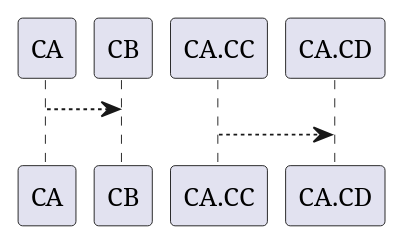
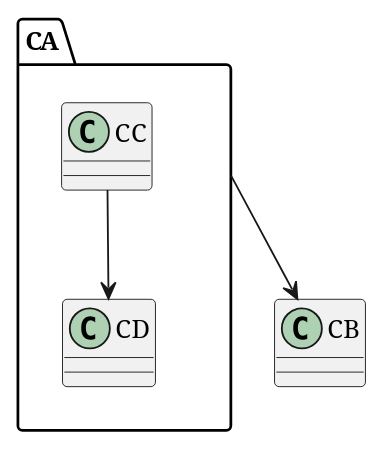
The fourth of 9 diagrams in _posts/2019-06-09-new-finding-of-plantuml.md (cheoljoo/cheoljoo.github.io), drawn with PlantUML before and after one commit. The commit also changed other lines of this file and 1 other file, not shown here.

````diff
--- a/_posts/2019-06-09-new-finding-of-plantuml.md
+++ b/_posts/2019-06-09-new-finding-of-plantuml.md
@@ -89,6 +89,8 @@
 ```puml
 @startuml
+class CA.CC
+class CA.CD
 CA --> CB
 CA.CC --> CA.CD
 @enduml
 ```
````
